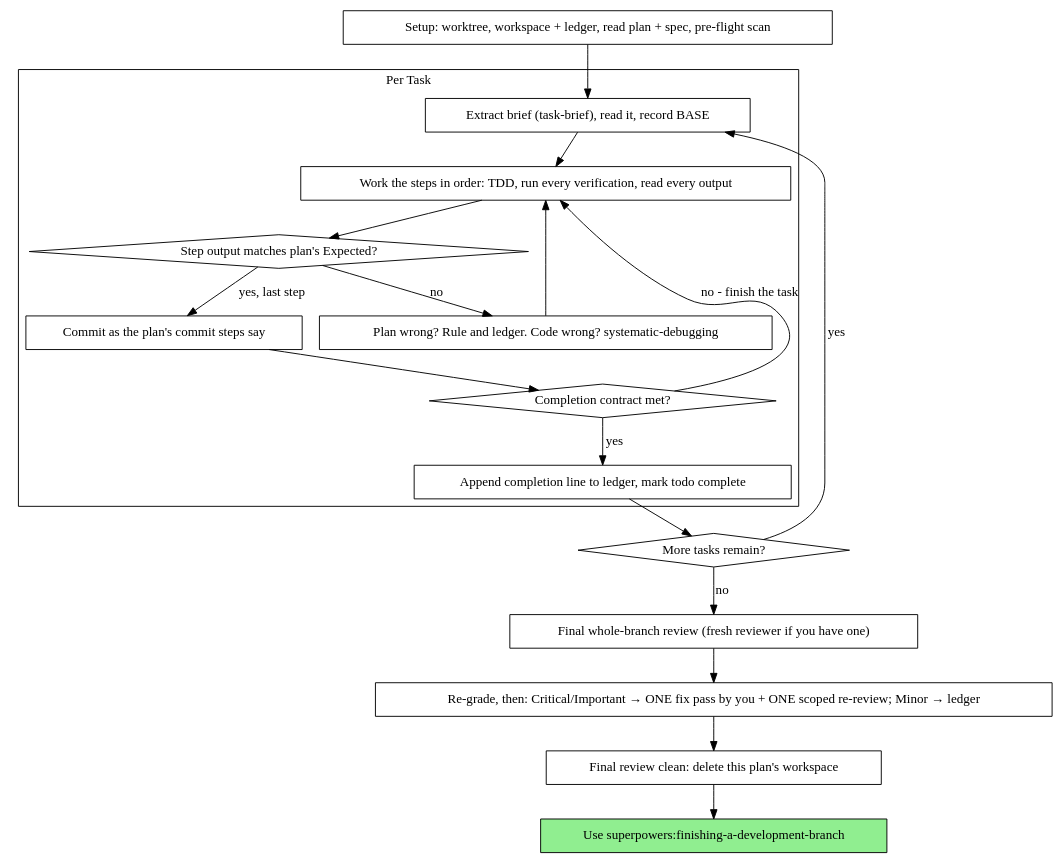
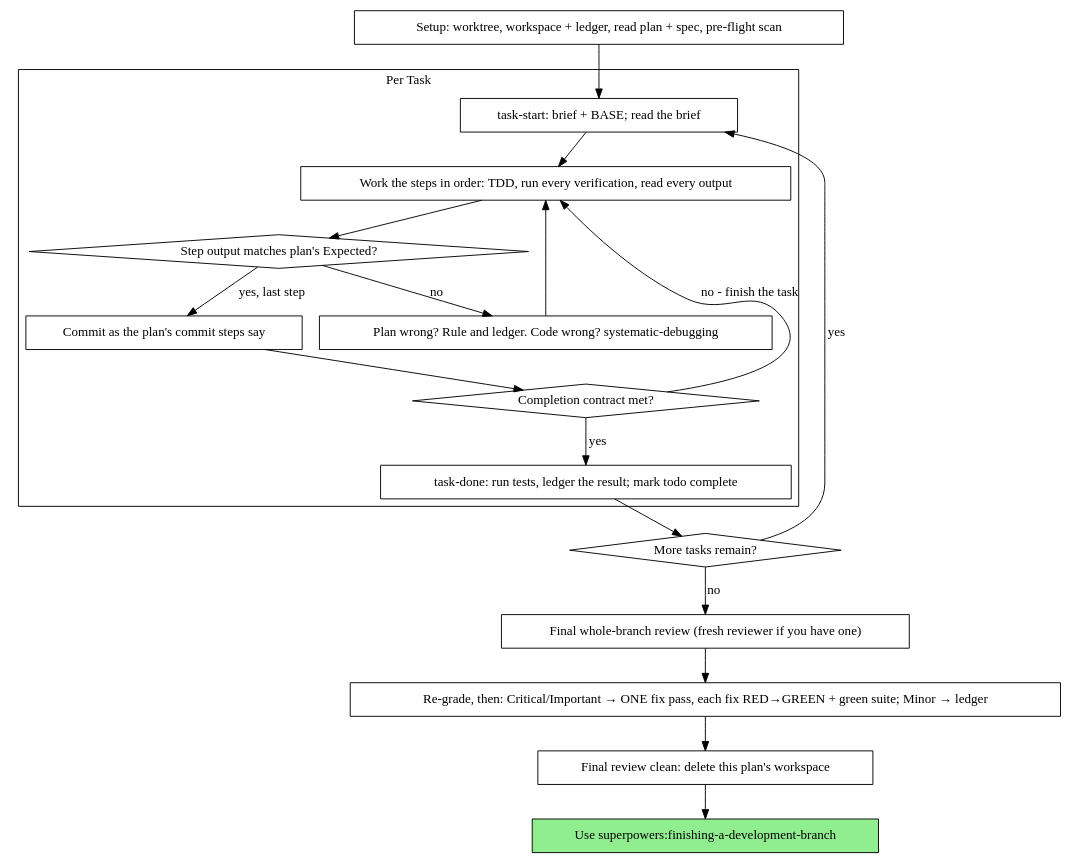
One commit to obra/superpowers changed the diagram in skills/executing-plans/SKILL.md. Above: the diagram before and after it, drawn with Graphviz. The commit also changed other lines of this file and 7 other files, not shown here.

First line of the commit message:
executing-plans v3: helper scripts, TDD-verified fix pass, scoped scan, Review Focus

````diff
--- a/skills/executing-plans/SKILL.md
+++ b/skills/executing-plans/SKILL.md
@@ -63,39 +68,39 @@
 ```dot
 digraph process {
     rankdir=TB;
 
     subgraph cluster_per_task {
         label="Per Task";
-        "Extract brief (task-brief), read it, record BASE" [shape=box];
+        "task-start: brief + BASE; read the brief" [shape=box];
         "Work the steps in order: TDD, run every verification, read every output" [shape=box];
         "Step output matches plan's Expected?" [shape=diamond];
         "Plan wrong? Rule and ledger. Code wrong? systematic-debugging" [shape=box];
         "Commit as the plan's commit steps say" [shape=box];
         "Completion contract met?" [shape=diamond];
-        "Append completion line to ledger, mark todo complete" [shape=box];
+        "task-done: run tests, ledger the result; mark todo complete" [shape=box];
     }
 
     "Setup: worktree, workspace + ledger, read plan + spec, pre-flight scan" [shape=box];
     "More tasks remain?" [shape=diamond];
     "Final whole-branch review (fresh reviewer if you have one)" [shape=box];
-    "Re-grade, then: Critical/Important → ONE fix pass by you + ONE scoped re-review; Minor → ledger" [shape=box];
+    "Re-grade, then: Critical/Important → ONE fix pass, each fix RED→GREEN + green suite; Minor → ledger" [shape=box];
     "Final review clean: delete this plan's workspace" [shape=box];
     "Use superpowers:finishing-a-development-branch" [shape=box style=filled fillcolor=lightgreen];
 
-    "Setup: worktree, workspace + ledger, read plan + spec, pre-flight scan" -> "Extract brief (task-brief), read it, record BASE";
-    "Extract brief (task-brief), read it, record BASE" -> "Work the steps in order: TDD, run every verification, read every output";
+    "Setup: worktree, workspace + ledger, read plan + spec, pre-flight scan" -> "task-start: brief + BASE; read the brief";
+    "task-start: brief + BASE; read the brief" -> "Work the steps in order: TDD, run every verification, read every output";
     "Work the steps in order: TDD, run every verification, read every output" -> "Step output matches plan's Expected?";
     "Step output matches plan's Expected?" -> "Plan wrong? Rule and ledger. Code wrong? systematic-debugging" [label="no"];
     "Plan wrong? Rule and ledger. Code wrong? systematic-debugging" -> "Work the steps in order: TDD, run every verification, read every output";
     "Step output matches plan's Expected?" -> "Commit as the plan's commit steps say" [label="yes, last step"];
     "Commit as the plan's commit steps say" -> "Completion contract met?";
     "Completion contract met?" -> "Work the steps in order: TDD, run every verification, read every output" [label="no - finish the task"];
-    "Completion contract met?" -> "Append completion line to ledger, mark todo complete" [label="yes"];
-    "Append completion line to ledger, mark todo complete" -> "More tasks remain?";
-    "More tasks remain?" -> "Extract brief (task-brief), read it, record BASE" [label="yes"];
+    "Completion contract met?" -> "task-done: run tests, ledger the result; mark todo complete" [label="yes"];
+    "task-done: run tests, ledger the result; mark todo complete" -> "More tasks remain?";
+    "More tasks remain?" -> "task-start: brief + BASE; read the brief" [label="yes"];
     "More tasks remain?" -> "Final whole-branch review (fresh reviewer if you have one)" [label="no"];
-    "Final whole-branch review (fresh reviewer if you have one)" -> "Re-grade, then: Critical/Important → ONE fix pass by you + ONE scoped re-review; Minor → ledger";
-    "Re-grade, then: Critical/Important → ONE fix pass by you + ONE scoped re-review; Minor → ledger" -> "Final review clean: delete this plan's workspace";
+    "Final whole-branch review (fresh reviewer if you have one)" -> "Re-grade, then: Critical/Important → ONE fix pass, each fix RED→GREEN + green suite; Minor → ledger";
+    "Re-grade, then: Critical/Important → ONE fix pass, each fix RED→GREEN + green suite; Minor → ledger" -> "Final review clean: delete this plan's workspace";
     "Final review clean: delete this plan's workspace" -> "Use superpowers:finishing-a-development-branch";
 }
 ```
````
